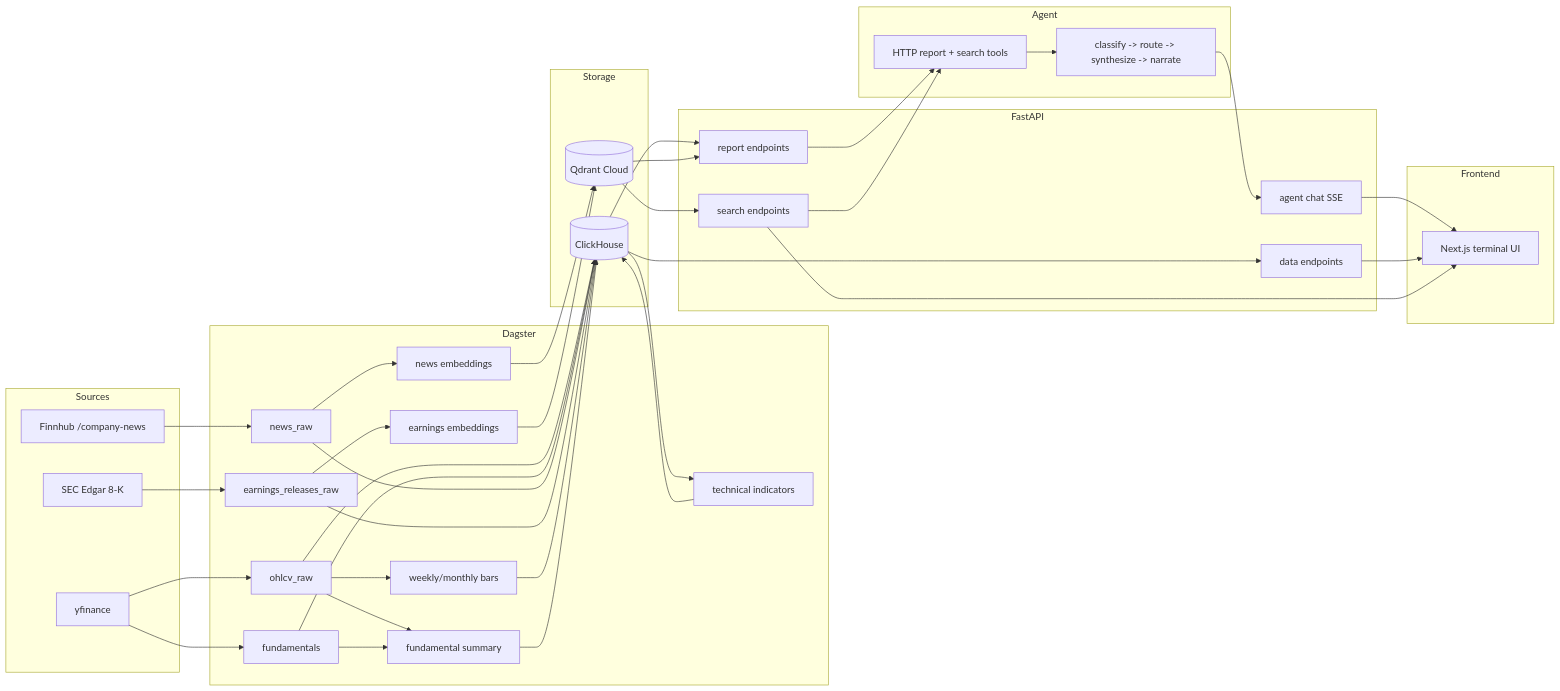
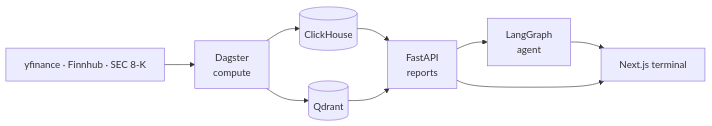
One commit to noahwins-ng/equity-data-agent changed the first of 3 diagrams in README.md. Above: the diagram before and after it, drawn with Mermaid. The commit also changed other lines of this file and 5 other files, not shown here.

````diff
--- a/README.md
+++ b/README.md
@@ -73,62 +37,11 @@
 ```mermaid
 graph LR
-    subgraph Sources
-        YF[yfinance]
-        NEWS[Finnhub /company-news]
-        EDGAR[SEC Edgar 8-K]
-    end
-
-    subgraph Dagster
-        OHLCV[ohlcv_raw]
-        FUND[fundamentals]
-        AGG[weekly/monthly bars]
-        TECH[technical indicators]
-        FSUM[fundamental summary]
-        NRAW[news_raw]
-        EMB[news embeddings]
-        ERAW[earnings_releases_raw]
-        EEMB[earnings embeddings]
-    end
-
-    subgraph Storage
-        CH[(ClickHouse)]
-        QD[(Qdrant Cloud)]
-    end
-
-    subgraph FastAPI
-        REP[report endpoints]
-        DATA[data endpoints]
-        SEARCH[search endpoints]
-        SSE[agent chat SSE]
-    end
-
-    subgraph Agent
-        GRAPH[classify -> route -> synthesize -> narrate]
-        TOOLS[HTTP report + search tools]
-    end
-
-    subgraph Frontend
-        UI[Next.js terminal UI]
-    end
-
-    YF --> OHLCV --> CH
-    YF --> FUND --> CH
-    NEWS --> NRAW --> CH
-    NRAW --> EMB --> QD
-    EDGAR --> ERAW --> CH
-    ERAW --> EEMB --> QD
-    OHLCV --> AGG --> CH
-    CH --> TECH --> CH
-    OHLCV --> FSUM
-    FUND --> FSUM
-    FSUM --> CH
-    CH --> REP
-    CH --> DATA
-    QD --> SEARCH
-    QD --> REP
-    REP --> TOOLS --> GRAPH
-    SEARCH --> TOOLS
-    GRAPH --> SSE --> UI
-    DATA --> UI
-    SEARCH --> UI
+    SRC[yfinance · Finnhub · SEC 8-K] --> DG[Dagster<br/>compute]
+    DG --> CH[(ClickHouse)]
+    DG --> QD[(Qdrant)]
+    CH --> API[FastAPI<br/>reports]
+    QD --> API
+    API --> AG[LangGraph<br/>agent]
+    AG --> UI[Next.js terminal]
+    API --> UI
 ```
````
